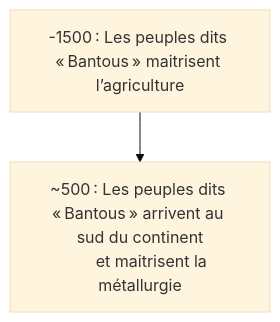
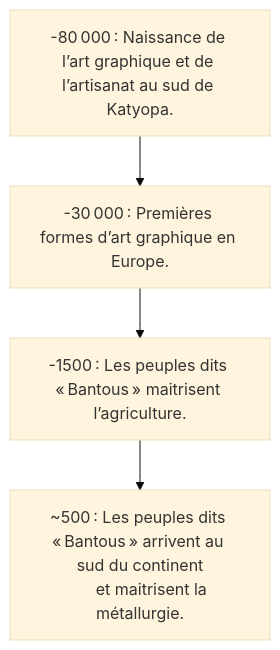
One commit to ba-moun/Ba-Moun-Save changed the diagram in en-cours/histoire/avancées-technologiques.md. Above: the diagram before and after it, drawn with Mermaid (base theme). The commit also changed other lines of this file, not shown here.

Commit message:
docs: update en-cours/histoire/avancées-technologiques

````diff
--- a/en-cours/histoire/avancées-technologiques.md
+++ b/en-cours/histoire/avancées-technologiques.md
@@ -15,10 +15,14 @@
 ```mermaid
 flowchart TB
-   agriculture["-1500 : Les peuples dits « Bantous » maitrisent l’agriculture"]
+   graphicArts["-80 000 : Naissance de l’art graphique et de l’artisanat au sud de Katyopa."]
+   
+   graphicArtsInEu["-30 000 : Premières formes d’art graphique en Europe."]
+
+   agriculture["-1500 : Les peuples dits « Bantous » maitrisent l’agriculture."]
    
    metalworkingIndustry["~500 : Les peuples dits « Bantous » arrivent au sud du continent
-      et maitrisent la métallurgie"]
+      et maitrisent la métallurgie."]
       
-   agriculture --> metalworkingIndustry
+   graphicArts --> graphicArtsInEu --> agriculture --> metalworkingIndustry
    
 ```
````
